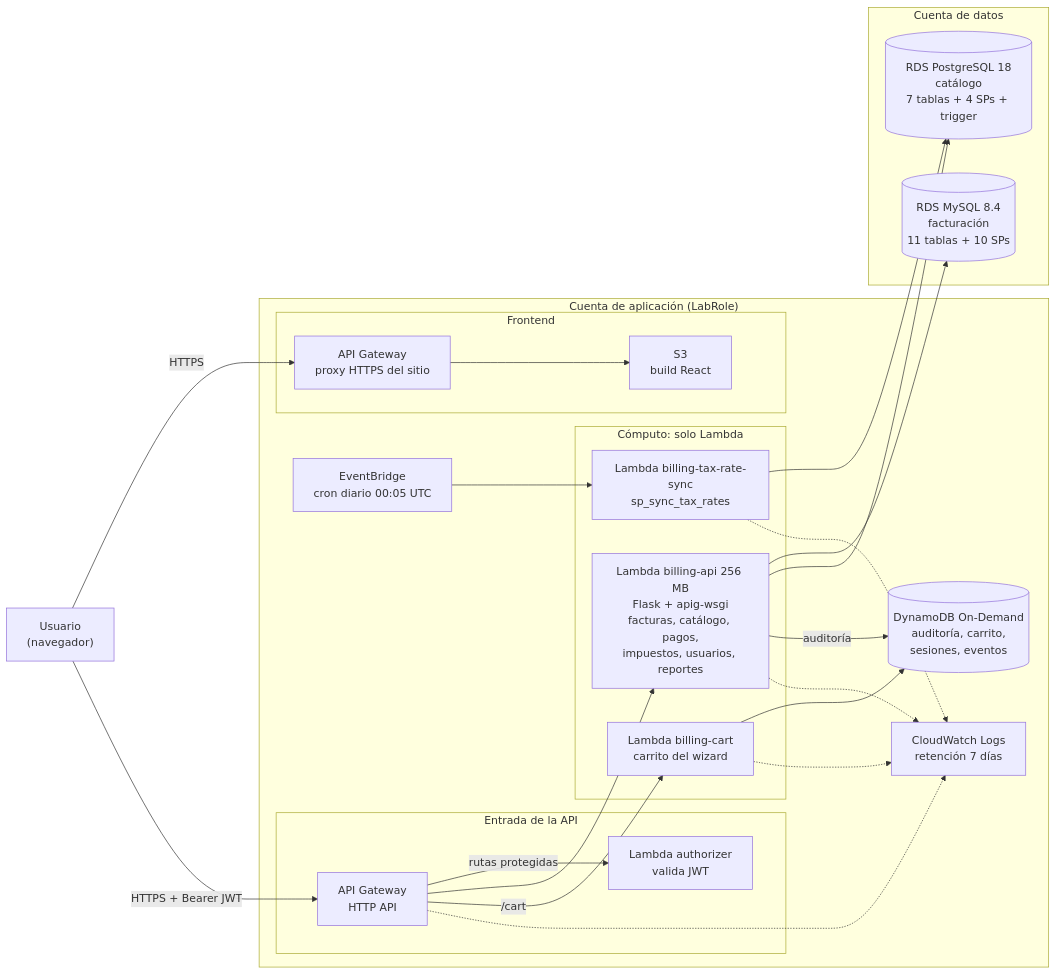
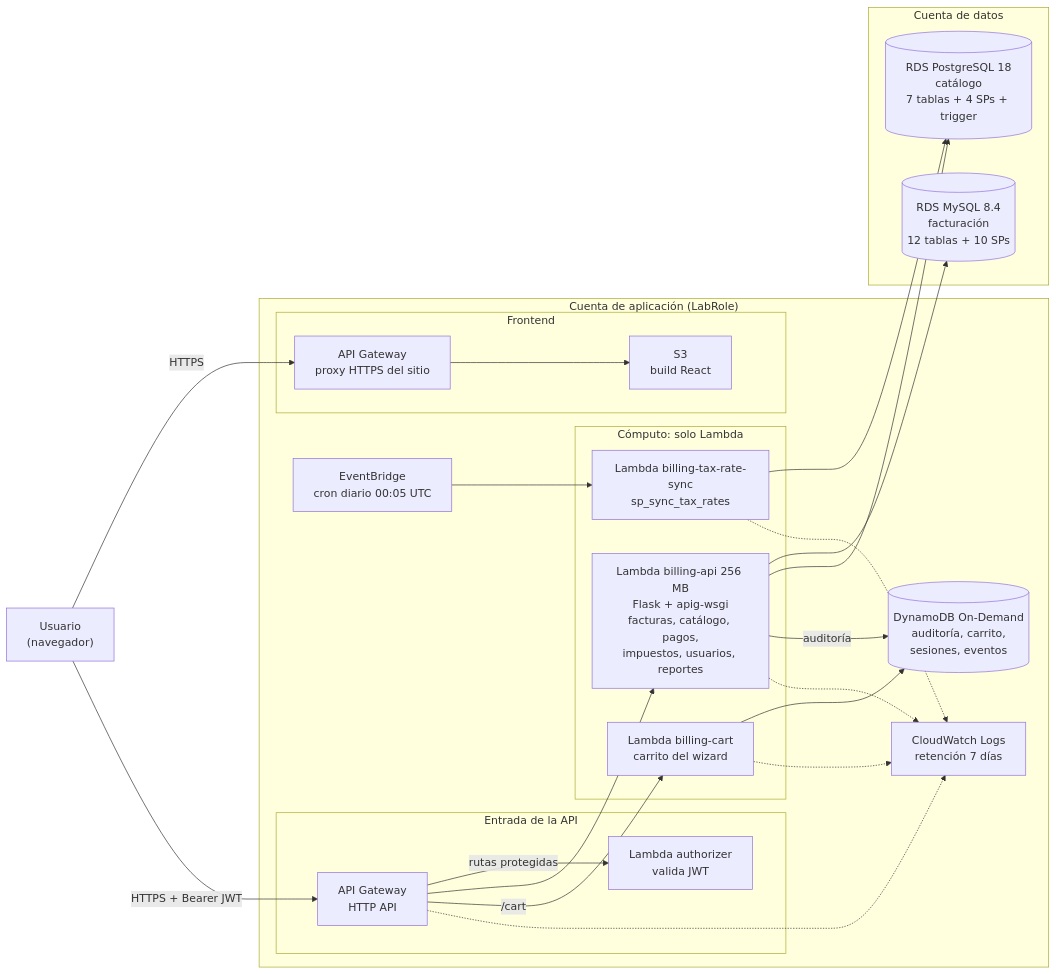
Before and after one commit to getsai18/optativateam: the diagram in docs/01-arquitectura-aws.md, drawn with Mermaid. The commit also changed 7 other files, not shown here.

````diff
--- a/docs/01-arquitectura-aws.md
+++ b/docs/01-arquitectura-aws.md
@@ -5,48 +5,48 @@
 ```mermaid
 flowchart LR
     U["Usuario<br/>(navegador)"]
 
     subgraph APP["Cuenta de aplicación (LabRole)"]
     subgraph FE["Frontend"]
         CF["API Gateway<br/>proxy HTTPS del sitio"]
         S3["S3<br/>build React"]
     end
 
     subgraph API["Entrada de la API"]
         APIGW["API Gateway<br/>HTTP API"]
         AUTH["Lambda authorizer<br/>valida JWT"]
     end
 
     subgraph COMPUTE["Cómputo: solo Lambda"]
         L_API["Lambda billing-api 256 MB<br/>Flask + apig-wsgi<br/>facturas, catálogo, pagos,<br/>impuestos, usuarios, reportes"]
         L_CART["Lambda billing-cart<br/>carrito del wizard"]
         L_TAX["Lambda billing-tax-rate-sync<br/>sp_sync_tax_rates"]
     end
 
     DDB[("DynamoDB On-Demand<br/>auditoría, carrito,<br/>sesiones, eventos")]
     EB["EventBridge<br/>cron diario 00:05 UTC"]
     CW["CloudWatch Logs<br/>retención 7 días"]
     end
 
     subgraph DATA["Cuenta de datos"]
-        MYSQL[("RDS MySQL 8.4<br/>facturación<br/>11 tablas + 10 SPs")]
+        MYSQL[("RDS MySQL 8.4<br/>facturación<br/>12 tablas + 10 SPs")]
         PG[("RDS PostgreSQL 18<br/>catálogo<br/>7 tablas + 4 SPs + trigger")]
     end
 
     U -->|"HTTPS"| CF
     CF --> S3
     U -->|"HTTPS + Bearer JWT"| APIGW
     APIGW -->|"rutas protegidas"| AUTH
     APIGW --> L_API
     APIGW -->|"/cart"| L_CART
     L_API --> MYSQL
     L_API --> PG
     L_API -->|"auditoría"| DDB
     L_CART --> DDB
     EB --> L_TAX
     L_TAX --> PG
     L_API -.-> CW
     L_CART -.-> CW
     L_TAX -.-> CW
     APIGW -.-> CW
 ```
````
